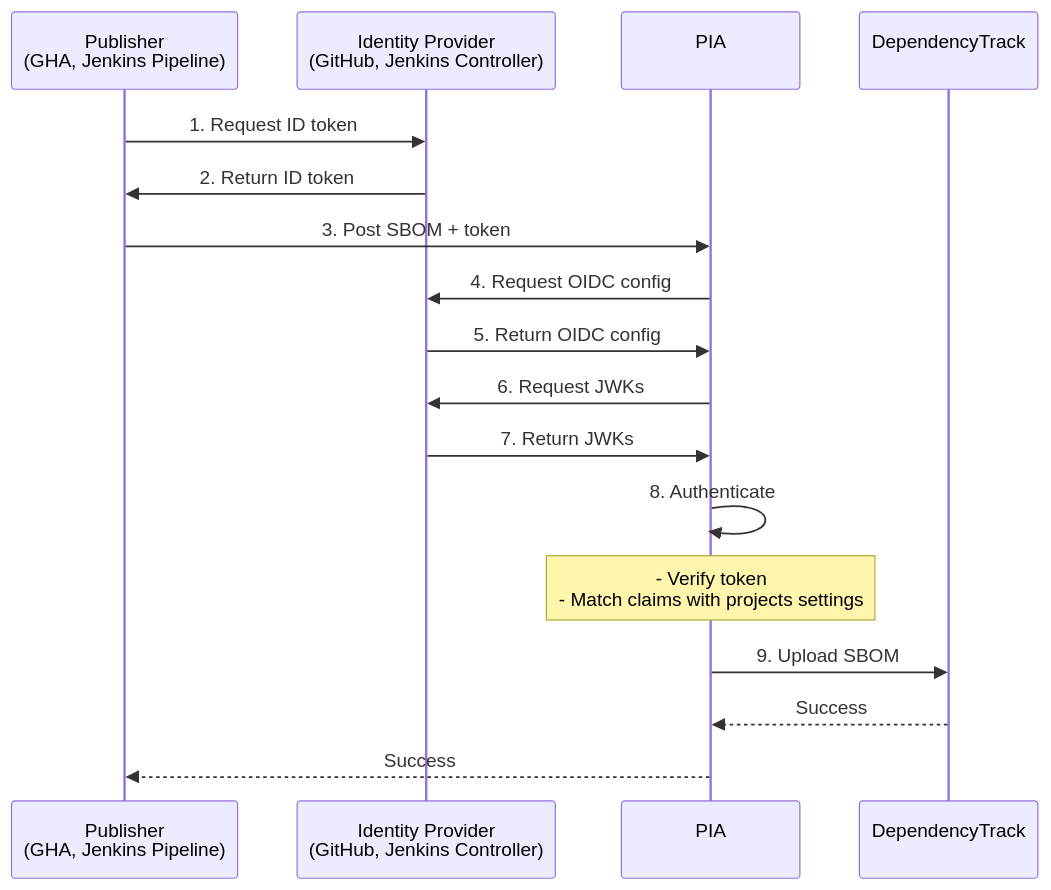
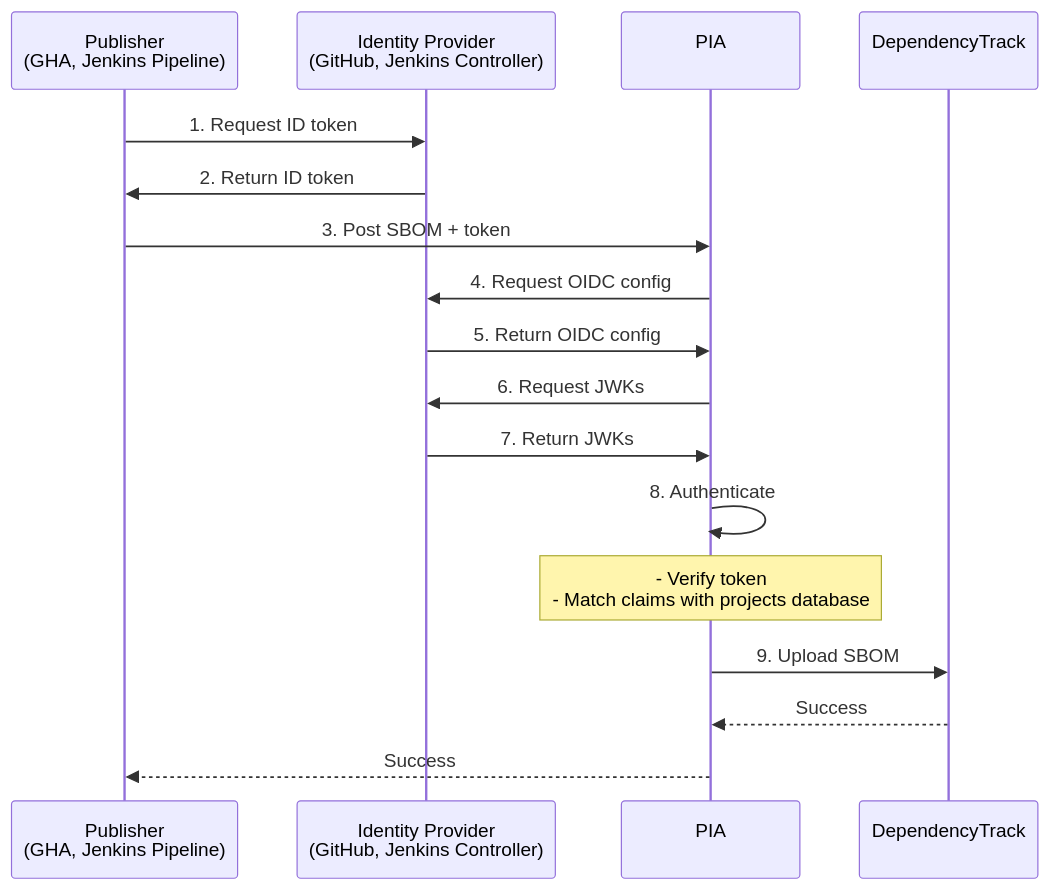
Before and after one commit to eclipse-csi/pia: the diagram in docs/DESIGN.md, drawn with Mermaid. The commit also changed other lines of this file, not shown here.

````diff
--- a/docs/DESIGN.md
+++ b/docs/DESIGN.md
@@ -39,20 +39,20 @@
 ```mermaid
 sequenceDiagram
     participant Publisher as Publisher<br/>(GHA, Jenkins Pipeline)
     participant IdP as Identity Provider<br/>(GitHub, Jenkins Controller)
     participant PIA as PIA<br/>
     participant dp as DependencyTrack<br/>
 
     Publisher->>IdP: 1. Request ID token
     IdP->>Publisher: 2. Return ID token
     Publisher->>PIA: 3. Post SBOM + token
     PIA->>IdP: 4. Request OIDC config
     IdP->>PIA: 5. Return OIDC config
     PIA->>IdP: 6. Request JWKs
     IdP->>PIA: 7. Return JWKs
     PIA->>PIA: 8. Authenticate
-    Note over PIA: - Verify token<br/>- Match claims with projects settings
+    Note over PIA: - Verify token<br/>- Match claims with projects database
     PIA->>dp: 9. Upload SBOM
     dp-->>PIA: Success
     PIA-->>Publisher: Success
 ```
````
